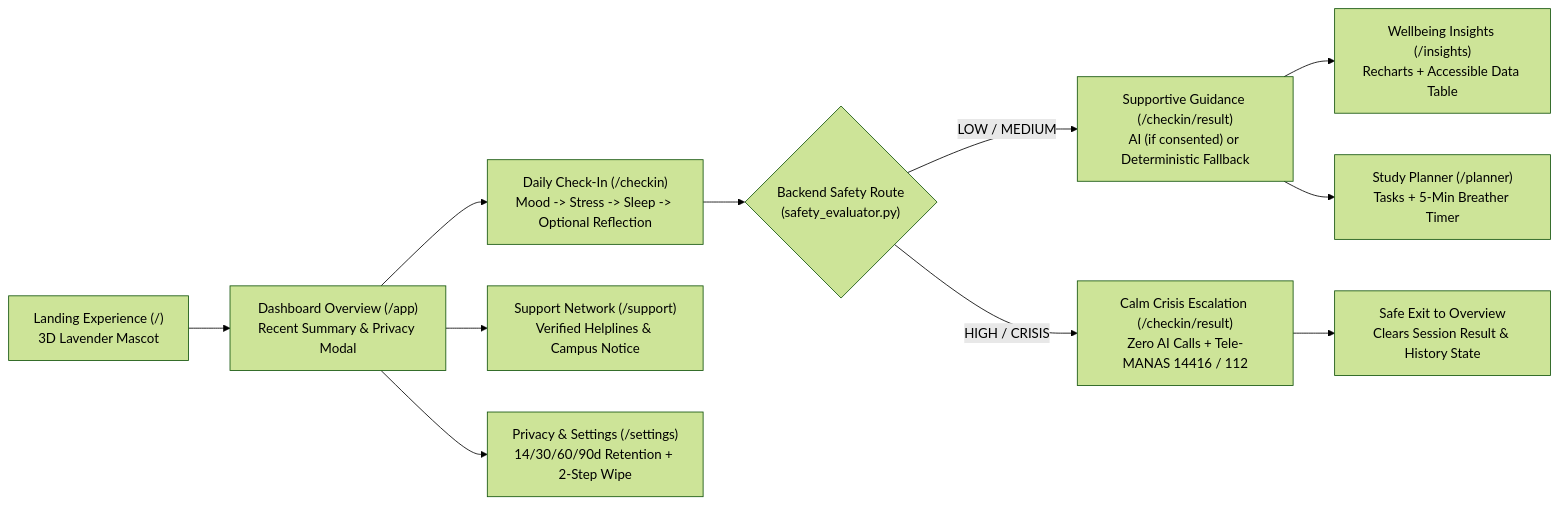
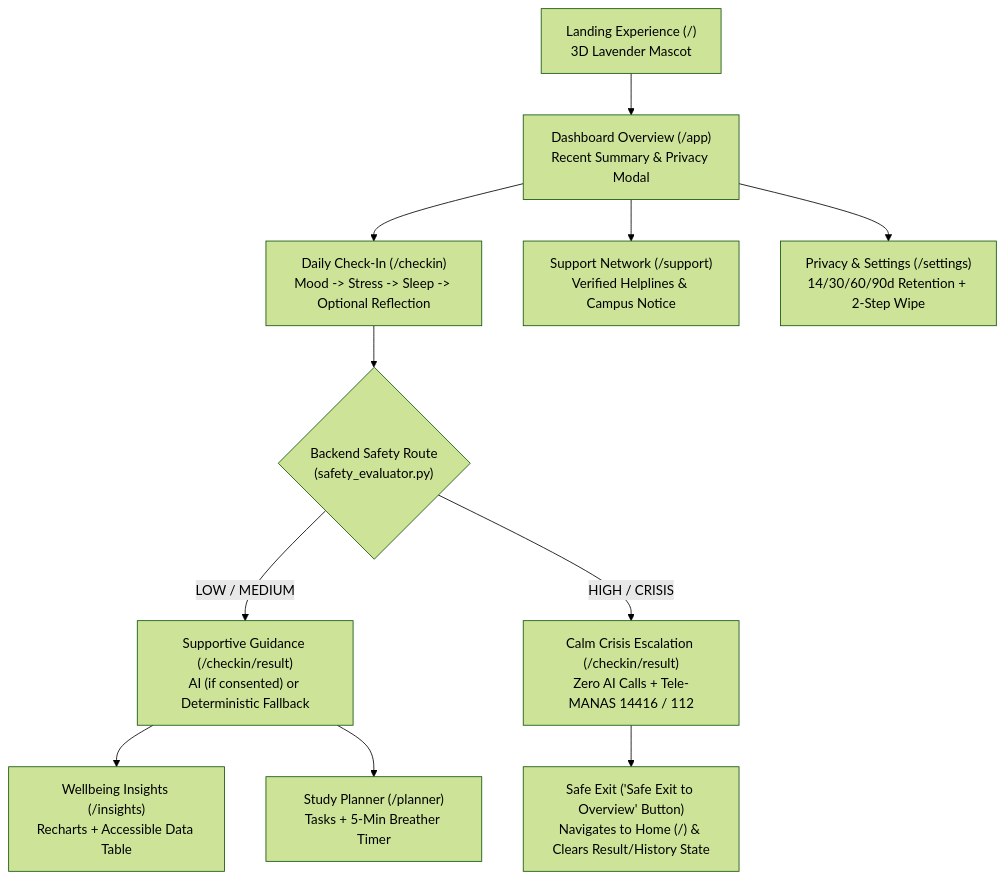
One commit to nikhi20-900/calmspace changed the first of 7 diagrams in README.md. Above: the diagram before and after it, drawn with Mermaid (forest theme). The commit also changed other lines of this file, not shown here.

Commit message:
docs(readme): address PR #38 review accuracy, demo scope, and mobile diagram layout

````diff
--- a/README.md
+++ b/README.md
@@ -92,13 +103,13 @@
 ```mermaid
-flowchart LR
+flowchart TD
     A["Landing Experience (/)<br/>3D Lavender Mascot"] --> B["Dashboard Overview (/app)<br/>Recent Summary & Privacy Modal"]
     B --> C["Daily Check-In (/checkin)<br/>Mood -> Stress -> Sleep -> Optional Reflection"]
     C --> D{"Backend Safety Route<br/>(safety_evaluator.py)"}
     D -->|"LOW / MEDIUM"| E["Supportive Guidance (/checkin/result)<br/>AI (if consented) or Deterministic Fallback"]
     D -->|"HIGH / CRISIS"| F["Calm Crisis Escalation (/checkin/result)<br/>Zero AI Calls + Tele-MANAS 14416 / 112"]
     E --> G["Wellbeing Insights (/insights)<br/>Recharts + Accessible Data Table"]
     E --> H["Study Planner (/planner)<br/>Tasks + 5-Min Breather Timer"]
-    F --> I["Safe Exit to Overview<br/>Clears Session Result & History State"]
+    F --> I["Safe Exit ('Safe Exit to Overview' Button)<br/>Navigates to Home (/) & Clears Result/History State"]
     B --> J["Support Network (/support)<br/>Verified Helplines & Campus Notice"]
     B --> K["Privacy & Settings (/settings)<br/>14/30/60/90d Retention + 2-Step Wipe"]
 ```
````
